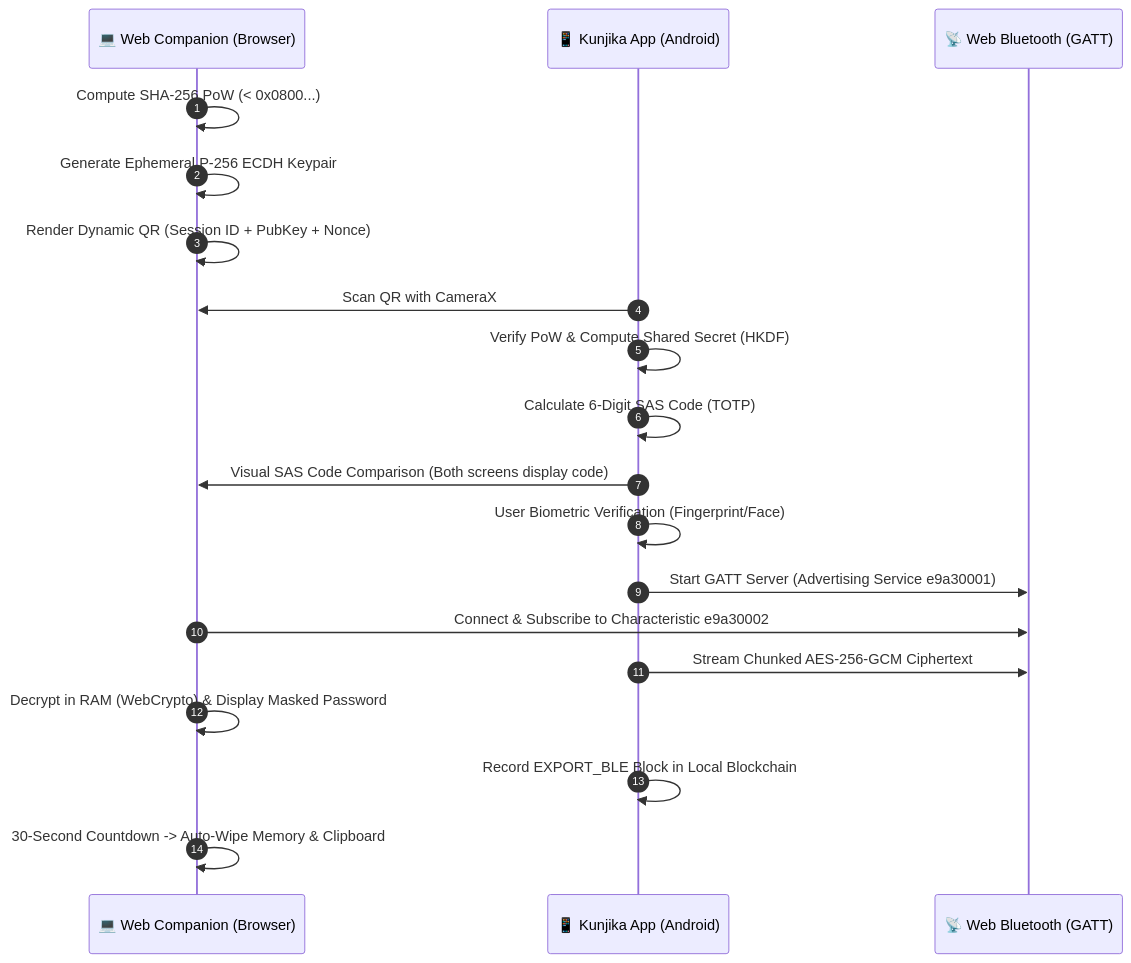
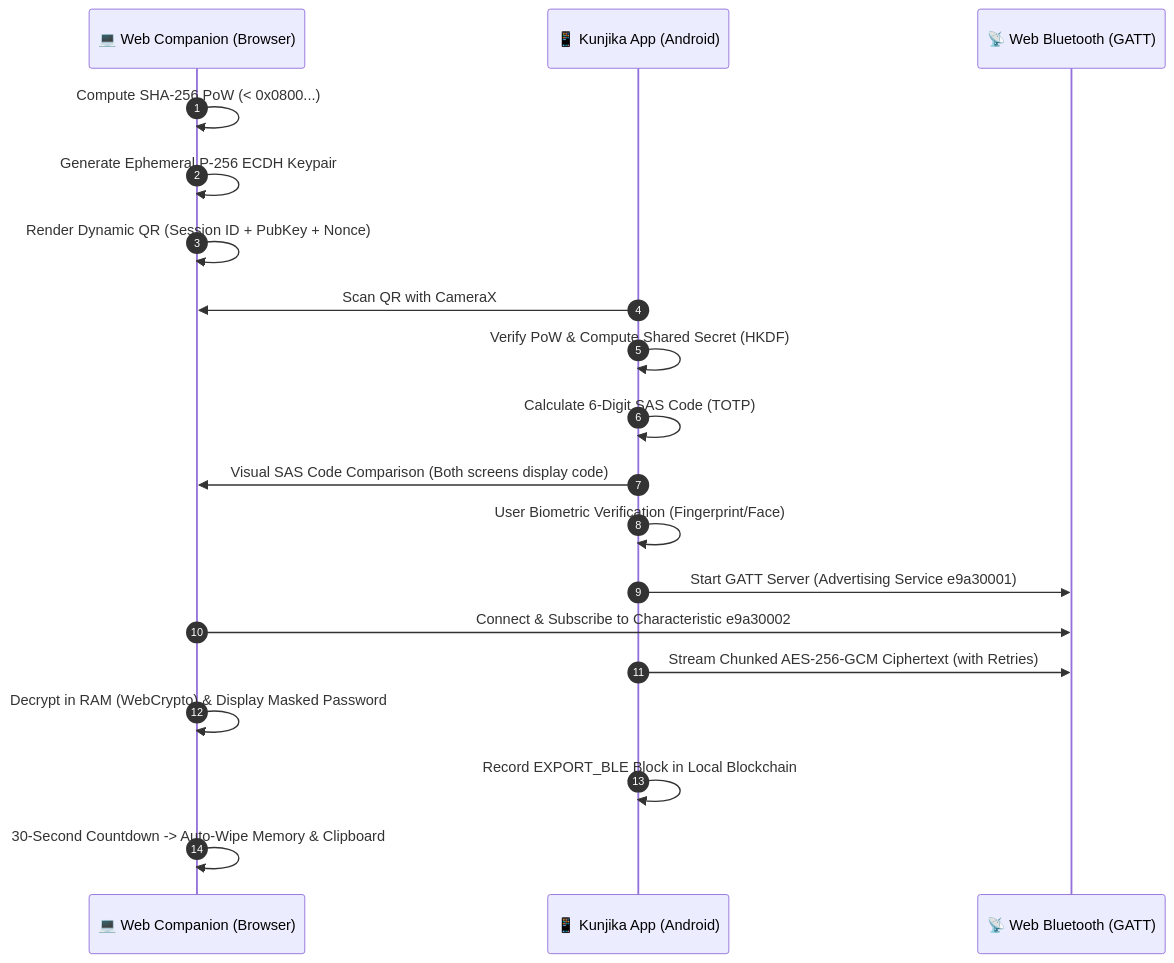
The second of 2 diagrams in docs/features.md (dwinsi/kunjika), drawn with Mermaid before and after one commit. The commit also changed other lines of this file and 17 other files, not shown here.

````diff
--- a/docs/features.md
+++ b/docs/features.md
@@ -49,22 +72,22 @@
 ```mermaid
 sequenceDiagram
     autonumber
     participant Browser as 💻 Web Companion (Browser)
     participant Phone as 📱 Kunjika App (Android)
     participant BLE as 📡 Web Bluetooth (GATT)
 
     Browser->>Browser: Compute SHA-256 PoW (< 0x0800...)
     Browser->>Browser: Generate Ephemeral P-256 ECDH Keypair
     Browser->>Browser: Render Dynamic QR (Session ID + PubKey + Nonce)
     Phone->>Browser: Scan QR with CameraX
     Phone->>Phone: Verify PoW & Compute Shared Secret (HKDF)
     Phone->>Phone: Calculate 6-Digit SAS Code (TOTP)
     Phone->>Browser: Visual SAS Code Comparison (Both screens display code)
     Phone->>Phone: User Biometric Verification (Fingerprint/Face)
     Phone->>BLE: Start GATT Server (Advertising Service e9a30001)
     Browser->>BLE: Connect & Subscribe to Characteristic e9a30002
-    Phone->>BLE: Stream Chunked AES-256-GCM Ciphertext
+    Phone->>BLE: Stream Chunked AES-256-GCM Ciphertext (with Retries)
     Browser->>Browser: Decrypt in RAM (WebCrypto) & Display Masked Password
     Phone->>Phone: Record EXPORT_BLE Block in Local Blockchain
     Browser->>Browser: 30-Second Countdown -> Auto-Wipe Memory & Clipboard
 ```
````
